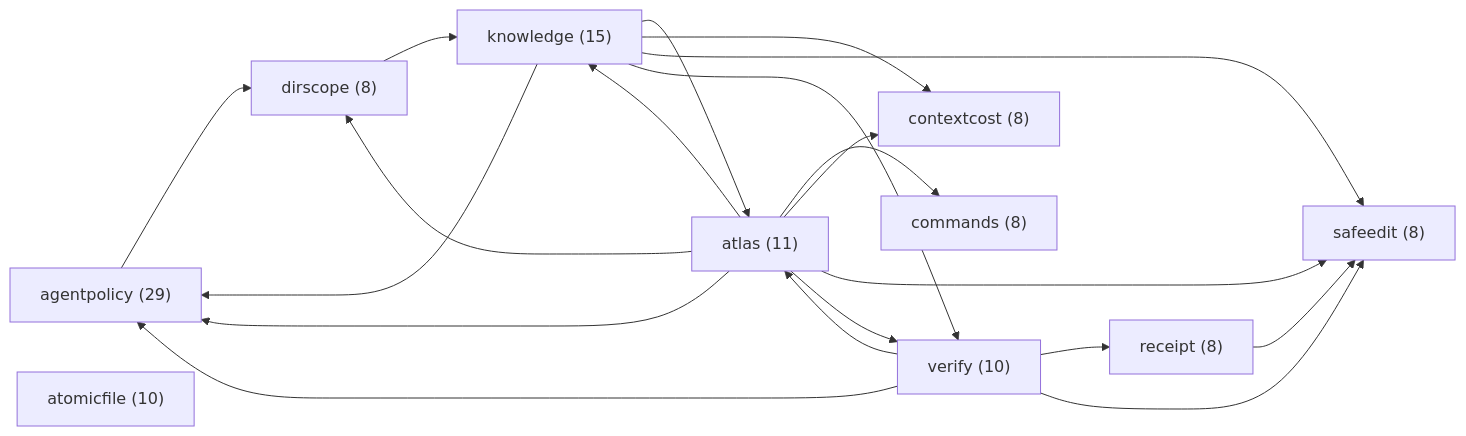
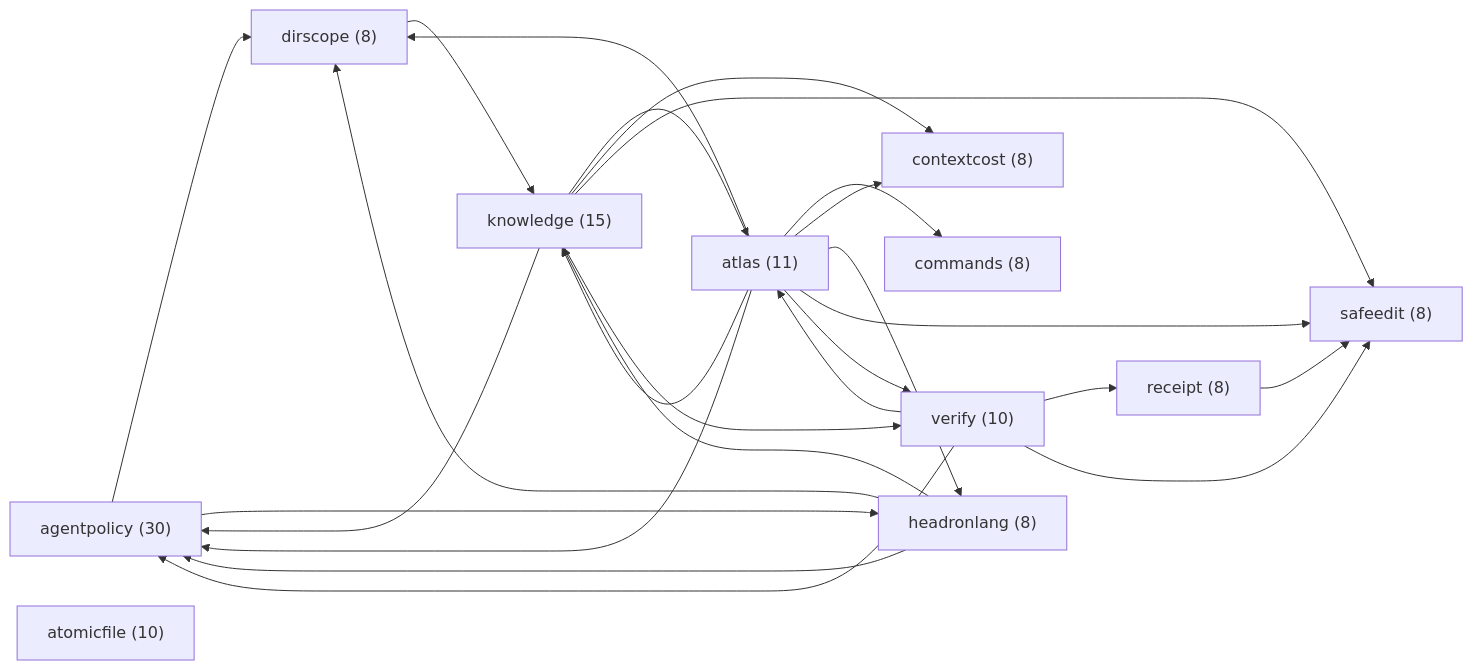
One commit to HLIntel/Headron changed the diagram in docs/MODULES.md. Above: the diagram before and after it, drawn with Mermaid. The commit also changed other lines of this file and 14 other files, not shown here.

````diff
--- a/docs/MODULES.md
+++ b/docs/MODULES.md
@@ -8,32 +8,38 @@
 ```mermaid
 flowchart LR
-  m_agentpolicy["agentpolicy (29)"]
+  m_agentpolicy["agentpolicy (30)"]
   m_atlas["atlas (11)"]
   m_atomicfile["atomicfile (10)"]
   m_commands["commands (8)"]
   m_contextcost["contextcost (8)"]
   m_dirscope["dirscope (8)"]
+  m_headronlang["headronlang (8)"]
   m_knowledge["knowledge (15)"]
   m_receipt["receipt (8)"]
   m_safeedit["safeedit (8)"]
   m_verify["verify (10)"]
   m_agentpolicy --> m_dirscope
+  m_agentpolicy --> m_headronlang
   m_atlas --> m_agentpolicy
   m_atlas --> m_commands
   m_atlas --> m_contextcost
   m_atlas --> m_dirscope
+  m_atlas --> m_headronlang
   m_atlas --> m_knowledge
   m_atlas --> m_safeedit
   m_atlas --> m_verify
   m_dirscope --> m_knowledge
+  m_headronlang --> m_agentpolicy
+  m_headronlang --> m_dirscope
+  m_headronlang --> m_knowledge
   m_knowledge --> m_agentpolicy
   m_knowledge --> m_atlas
   m_knowledge --> m_contextcost
   m_knowledge --> m_safeedit
   m_knowledge --> m_verify
   m_receipt --> m_safeedit
   m_verify --> m_agentpolicy
   m_verify --> m_atlas
   m_verify --> m_receipt
   m_verify --> m_safeedit
 ```
````
